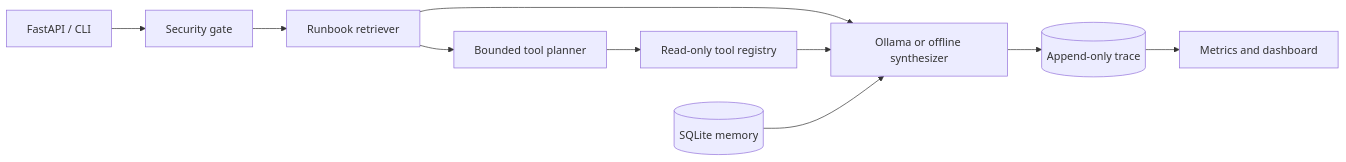
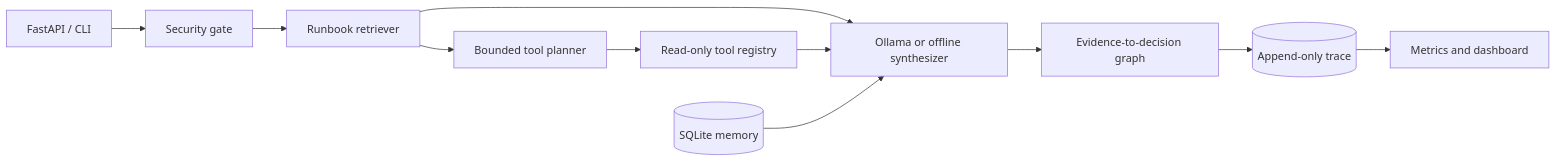
The diagram in docs/architecture.md (gbemidaniel100-bot/Aegis_Forge), drawn with Mermaid before and after one commit. The commit also changed other lines of this file and 8 other files, not shown here.

Commit message:
feat: add evidence to decision intelligence

````diff
--- a/docs/architecture.md
+++ b/docs/architecture.md
@@ -5,12 +5,13 @@
 ```mermaid
 flowchart LR
   HTTP[FastAPI / CLI] --> Guard[Security gate]
   Guard --> Retrieve[Runbook retriever]
   Retrieve --> Plan[Bounded tool planner]
   Plan --> Tools[Read-only tool registry]
   Retrieve --> Model[Ollama or offline synthesizer]
   Tools --> Model
   Memory[(SQLite memory)] --> Model
-  Model --> Trace[(Append-only trace)]
+  Model --> Decision[Evidence-to-decision graph]
+  Decision --> Trace[(Append-only trace)]
   Trace --> Metrics[Metrics and dashboard]
 ```
````
